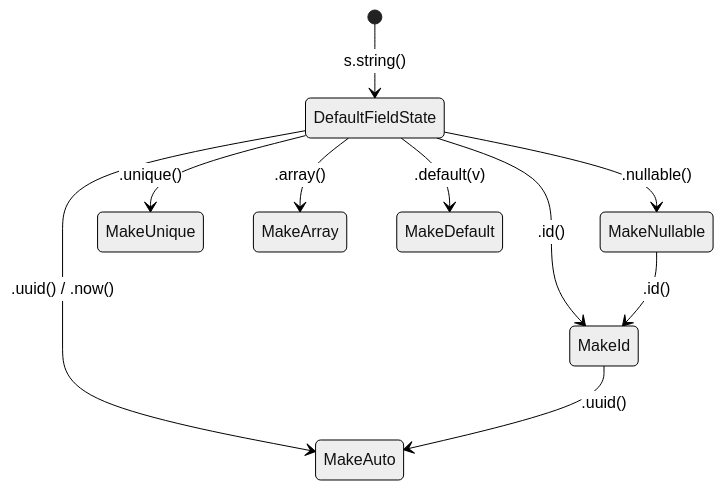
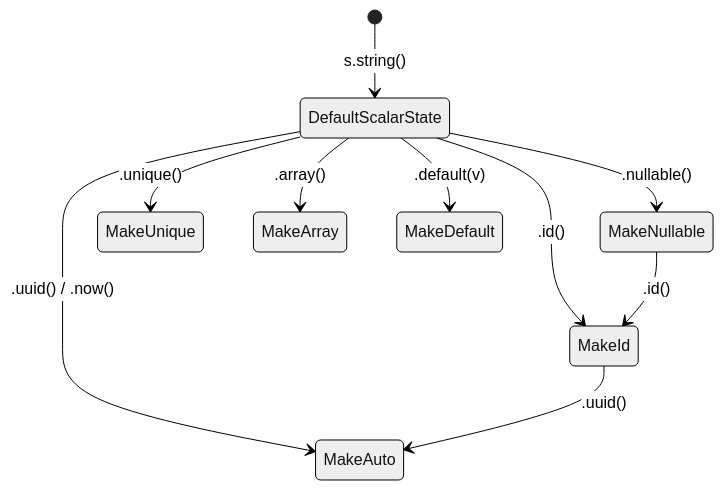
Before and after one commit to beynar/viborm: the third of 5 diagrams in readme/SCHEMA_ARCHITECTURE.md, drawn with Mermaid (neutral theme). The commit also changed other lines of this file and 552 other files, not shown here.

````diff
--- a/readme/SCHEMA_ARCHITECTURE.md
+++ b/readme/SCHEMA_ARCHITECTURE.md
@@ -121,13 +121,13 @@
 ```mermaid
 stateDiagram-v2
-    [*] --> DefaultFieldState: s.string()
-    DefaultFieldState --> MakeNullable: .nullable()
-    DefaultFieldState --> MakeId: .id()
-    DefaultFieldState --> MakeUnique: .unique()
-    DefaultFieldState --> MakeArray: .array()
-    DefaultFieldState --> MakeDefault: .default(v)
-    DefaultFieldState --> MakeAuto: .uuid() / .now()
+    [*] --> DefaultScalarState: s.string()
+    DefaultScalarState --> MakeNullable: .nullable()
+    DefaultScalarState --> MakeId: .id()
+    DefaultScalarState --> MakeUnique: .unique()
+    DefaultScalarState --> MakeArray: .array()
+    DefaultScalarState --> MakeDefault: .default(v)
+    DefaultScalarState --> MakeAuto: .uuid() / .now()
     
     MakeNullable --> MakeId: .id()
     MakeId --> MakeAuto: .uuid()
 ```
````
